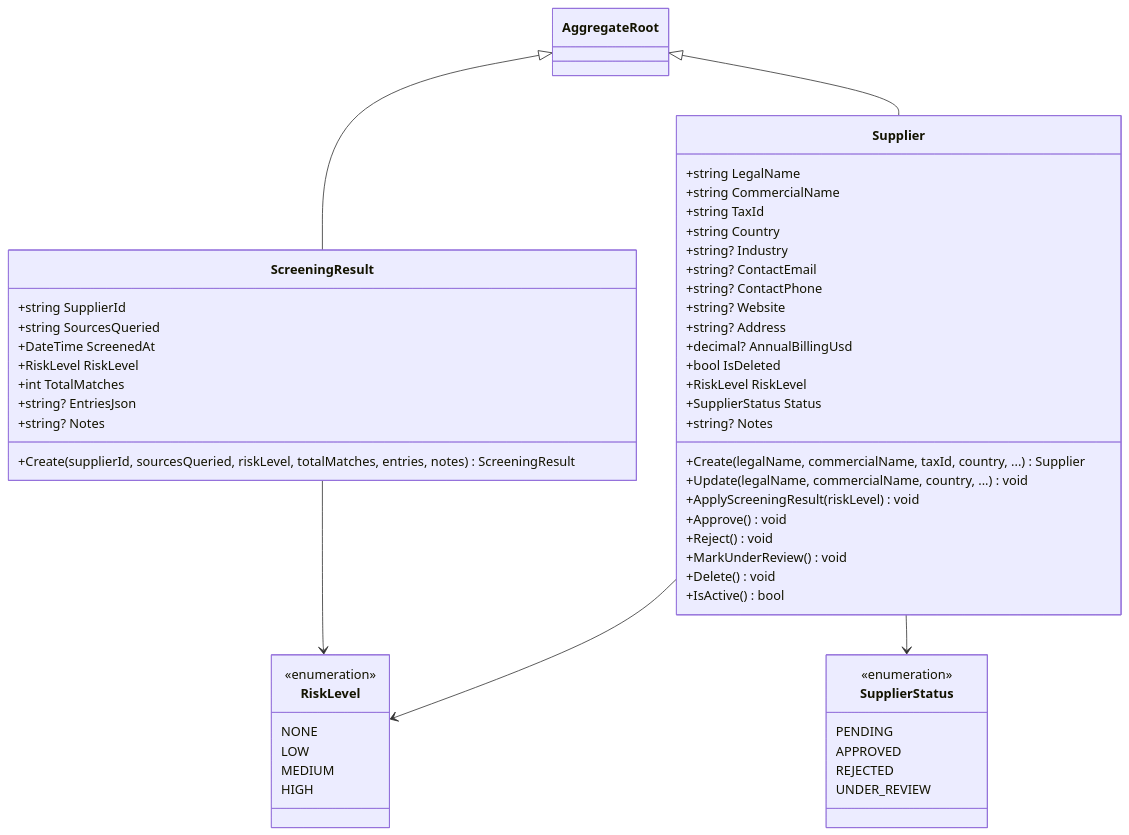
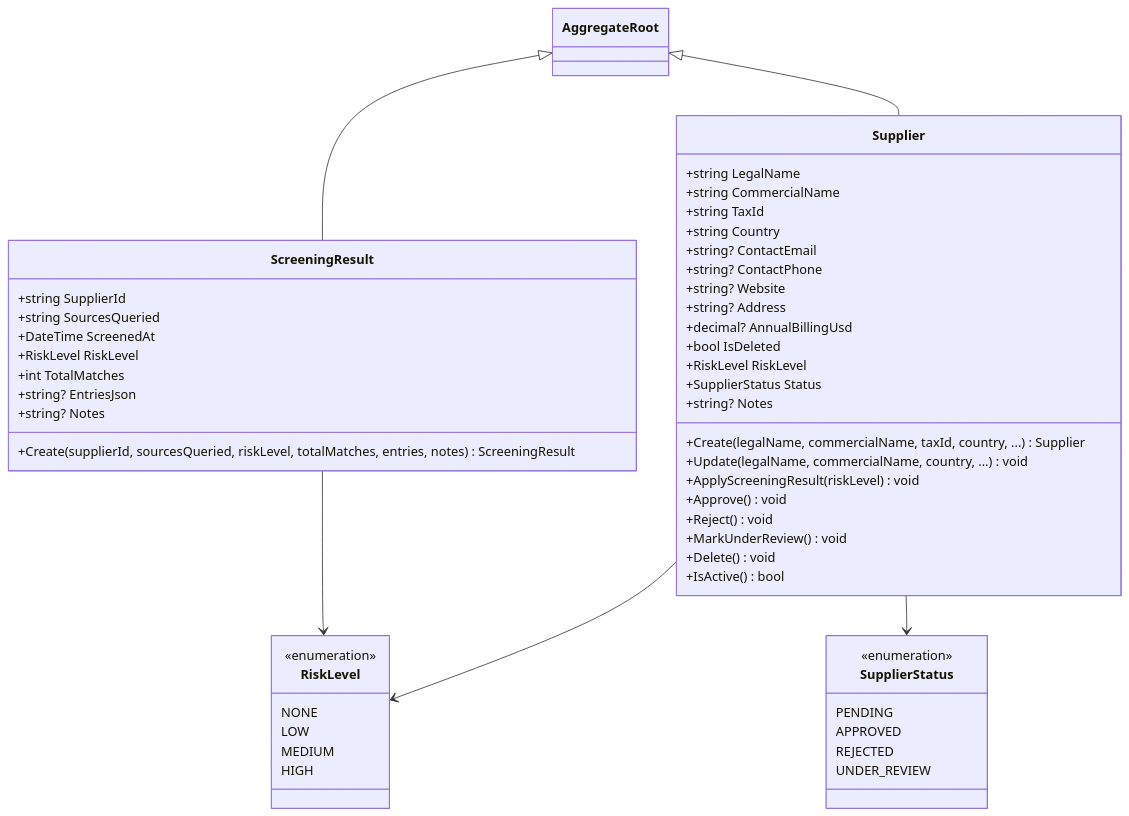
One commit to compliance-hub-jmyr/risk-screening-api changed diagram 12 of 12 in docs/architecture/c4-diagrams.es.md. Above: the diagram before and after it, drawn with Mermaid. The commit also changed 5 other files, not shown here.

First line of the commit message:
refactor(Suppliers): remove `Industry` field from domain, schema, and documentation

````diff
--- a/docs/architecture/c4-diagrams.es.md
+++ b/docs/architecture/c4-diagrams.es.md
@@ -618,60 +618,59 @@
 ```mermaid
 classDiagram
     class Supplier {
         +string LegalName
         +string CommercialName
         +string TaxId
         +string Country
-        +string? Industry
         +string? ContactEmail
         +string? ContactPhone
         +string? Website
         +string? Address
         +decimal? AnnualBillingUsd
         +bool IsDeleted
         +RiskLevel RiskLevel
         +SupplierStatus Status
         +string? Notes
         +Create(legalName, commercialName, taxId, country, ...) Supplier
         +Update(legalName, commercialName, country, ...) void
         +ApplyScreeningResult(riskLevel) void
         +Approve() void
         +Reject() void
         +MarkUnderReview() void
         +Delete() void
         +IsActive() bool
     }
 
     class ScreeningResult {
         +string SupplierId
         +string SourcesQueried
         +DateTime ScreenedAt
         +RiskLevel RiskLevel
         +int TotalMatches
         +string? EntriesJson
         +string? Notes
         +Create(supplierId, sourcesQueried, riskLevel, totalMatches, entries, notes) ScreeningResult
     }
 
     class RiskLevel {
         <<enumeration>>
         NONE
         LOW
         MEDIUM
         HIGH
     }
 
     class SupplierStatus {
         <<enumeration>>
         PENDING
         APPROVED
         REJECTED
         UNDER_REVIEW
     }
 
     AggregateRoot <|-- Supplier
     AggregateRoot <|-- ScreeningResult
     Supplier --> RiskLevel
     Supplier --> SupplierStatus
     ScreeningResult --> RiskLevel
 ```
````
